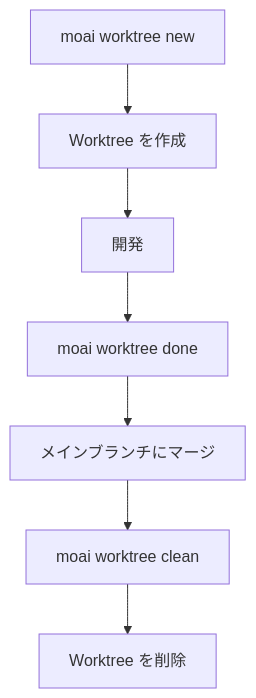
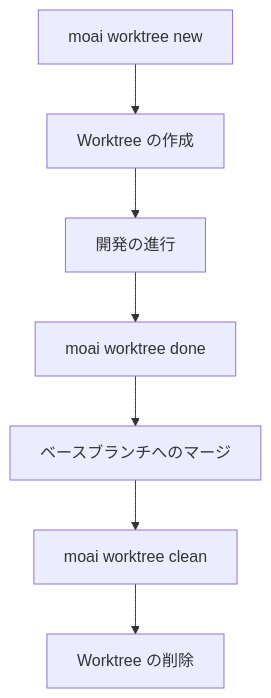
One commit to modu-ai/moai-adk changed the diagram in docs-site/content/ja/getting-started/cli.md. Above: the diagram before and after it, drawn with Mermaid. The commit also changed other lines of this file and 395 other files, not shown here.

````diff
--- a/docs-site/content/ja/getting-started/cli.md
+++ b/docs-site/content/ja/getting-started/cli.md
@@ -550,9 +553,9 @@
 ```mermaid
 flowchart TD
-    A[moai worktree new] --> B[Worktree を作成]
-    B --> C[開発]
+    A[moai worktree new] --> B[Worktree の作成]
+    B --> C[開発の進行]
     C --> D[moai worktree done]
-    D --> E[メインブランチにマージ]
+    D --> E[ベースブランチへのマージ]
     E --> F[moai worktree clean]
-    F --> G[Worktree を削除]
+    F --> G[Worktree の削除]
 ```
````
